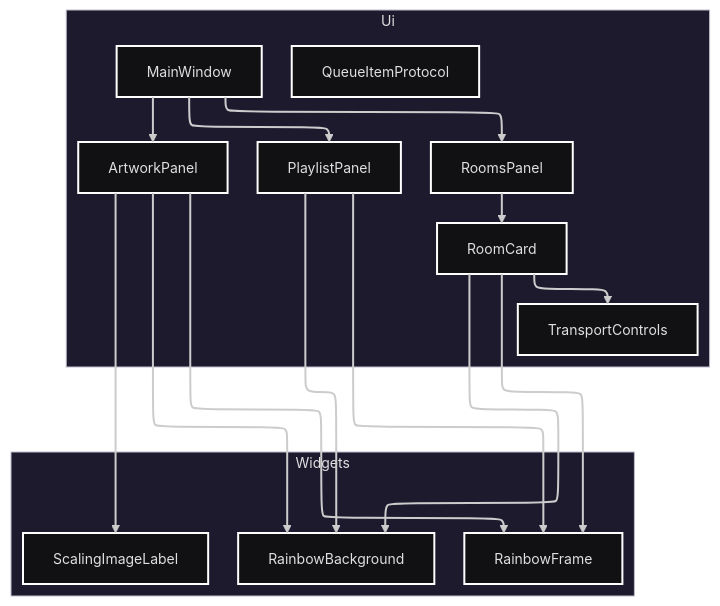
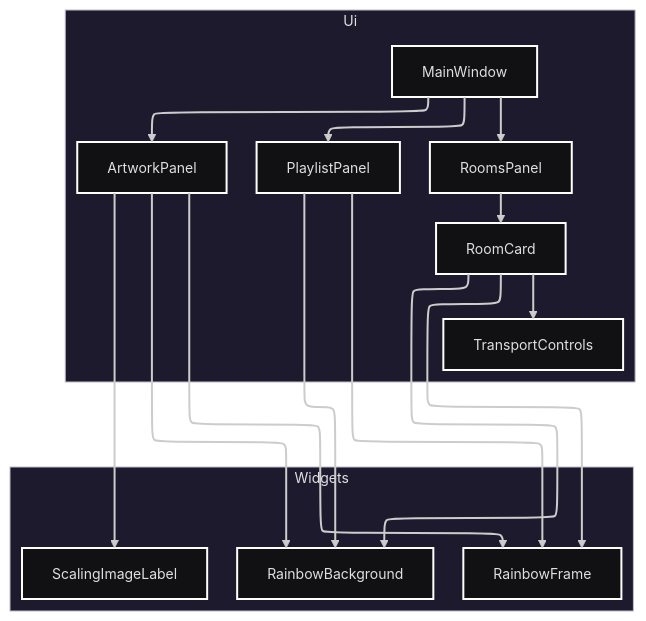
One commit to SpikeyMikie/Sonos_Rescue changed the third of 5 diagrams in docs/architecture.md. Above: the diagram before and after it, drawn with Mermaid. The commit also changed other lines of this file and 9 other files, not shown here.

First line of the commit message:
docs: tidy architecture documentation output

````diff
--- a/docs/architecture.md
+++ b/docs/architecture.md
@@ -224,37 +223,36 @@
 ```mermaid
 ---
 config:
-    layout: elk
-    theme: redux-dark-color
+  layout: elk
+  theme: redux-dark-color
 ---
 flowchart TD
 
     subgraph ui["Ui"]
         class_module_sonos__rescue_ui_artwork__panel_ArtworkPanel["ArtworkPanel"]
         class_module_sonos__rescue_ui_main__window_MainWindow["MainWindow"]
-        class_module_sonos__rescue_ui_main__window_QueueItemProtocol["QueueItemProtocol"]
         class_module_sonos__rescue_ui_playlist__panel_PlaylistPanel["PlaylistPanel"]
         class_module_sonos__rescue_ui_room__card_RoomCard["RoomCard"]
         class_module_sonos__rescue_ui_rooms__panel_RoomsPanel["RoomsPanel"]
         class_module_sonos__rescue_ui_transport__controls_TransportControls["TransportControls"]
     end
 
     subgraph widgets["Widgets"]
         class_module_sonos__rescue_ui_widgets_rainbow__background_RainbowBackground["RainbowBackground"]
         class_module_sonos__rescue_ui_widgets_rainbow__frame_RainbowFrame["RainbowFrame"]
         class_module_sonos__rescue_ui_widgets_scaling__image__label_ScalingImageLabel["ScalingImageLabel"]
     end
 
     class_module_sonos__rescue_ui_artwork__panel_ArtworkPanel --> class_module_sonos__rescue_ui_widgets_rainbow__background_RainbowBackground
     class_module_sonos__rescue_ui_artwork__panel_ArtworkPanel --> class_module_sonos__rescue_ui_widgets_rainbow__frame_RainbowFrame
     class_module_sonos__rescue_ui_artwork__panel_ArtworkPanel --> class_module_sonos__rescue_ui_widgets_scaling__image__label_ScalingImageLabel
     class_module_sonos__rescue_ui_main__window_MainWindow --> class_module_sonos__rescue_ui_artwork__panel_ArtworkPanel
     class_module_sonos__rescue_ui_main__window_MainWindow --> class_module_sonos__rescue_ui_playlist__panel_PlaylistPanel
     class_module_sonos__rescue_ui_main__window_MainWindow --> class_module_sonos__rescue_ui_rooms__panel_RoomsPanel
     class_module_sonos__rescue_ui_playlist__panel_PlaylistPanel --> class_module_sonos__rescue_ui_widgets_rainbow__background_RainbowBackground
     class_module_sonos__rescue_ui_playlist__panel_PlaylistPanel --> class_module_sonos__rescue_ui_widgets_rainbow__frame_RainbowFrame
     class_module_sonos__rescue_ui_room__card_RoomCard --> class_module_sonos__rescue_ui_transport__controls_TransportControls
     class_module_sonos__rescue_ui_room__card_RoomCard --> class_module_sonos__rescue_ui_widgets_rainbow__background_RainbowBackground
     class_module_sonos__rescue_ui_room__card_RoomCard --> class_module_sonos__rescue_ui_widgets_rainbow__frame_RainbowFrame
     class_module_sonos__rescue_ui_rooms__panel_RoomsPanel --> class_module_sonos__rescue_ui_room__card_RoomCard
 ```
````
